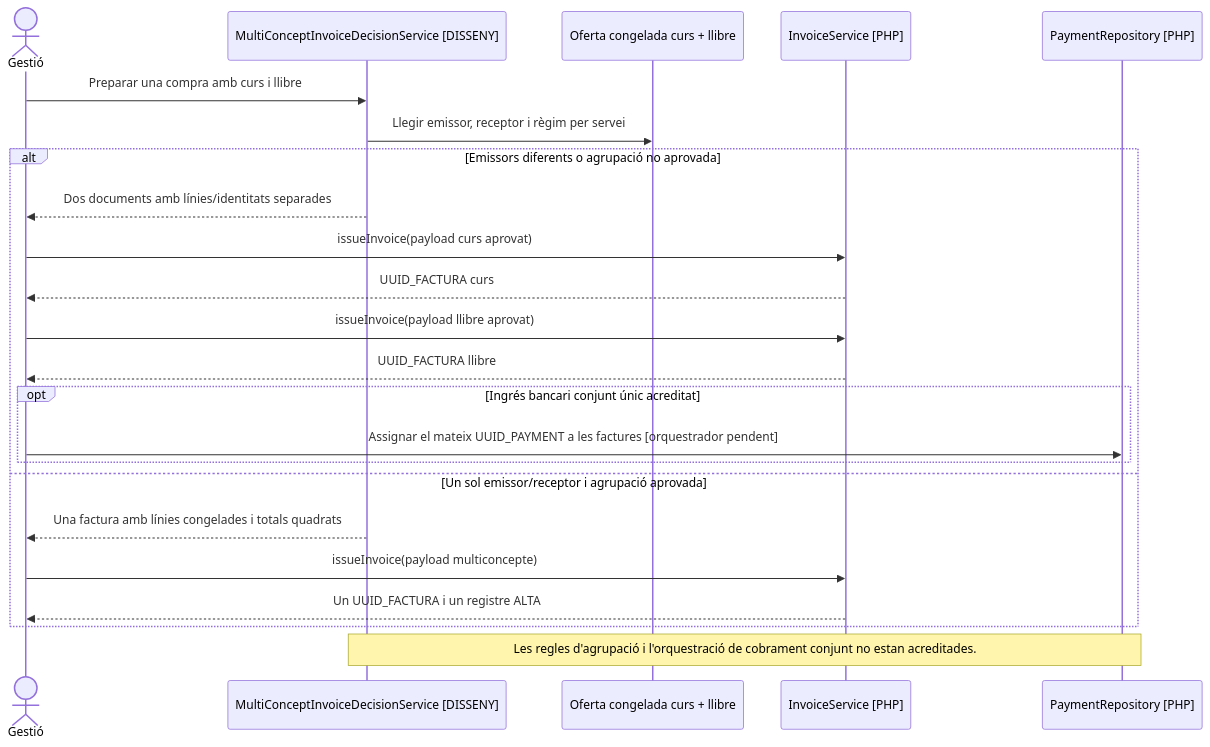
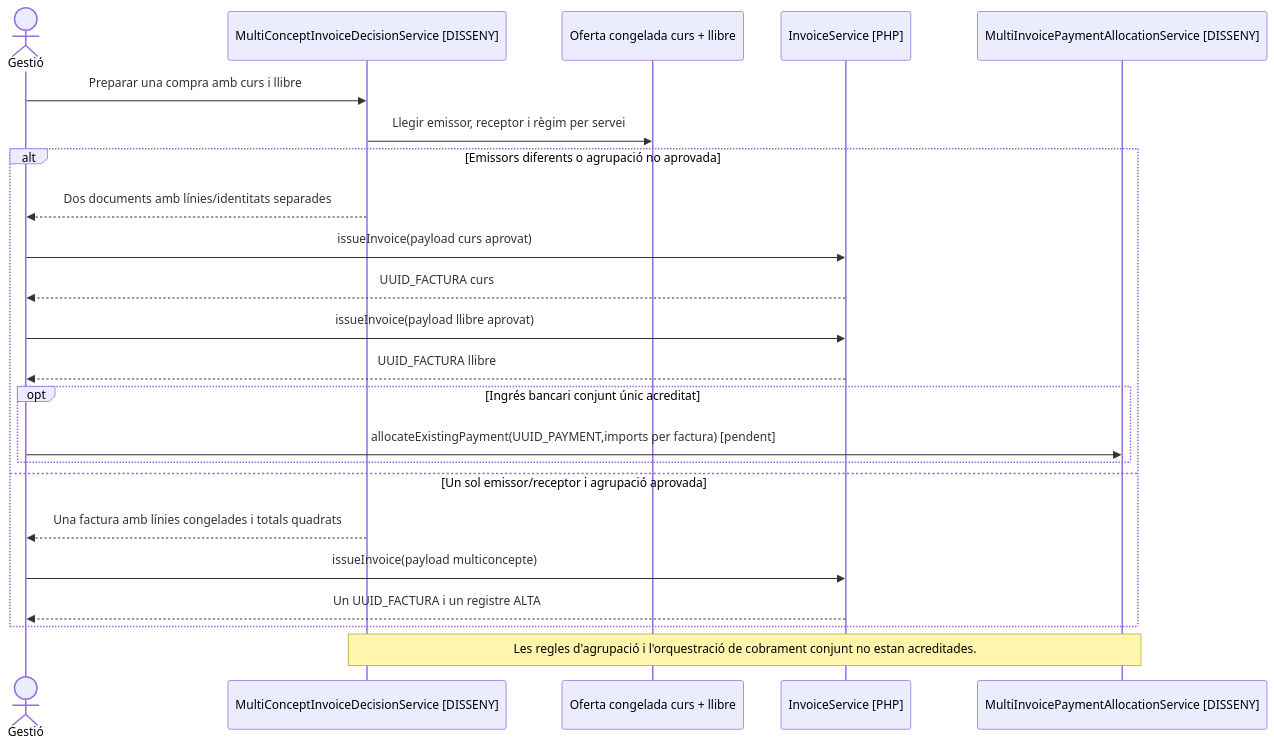
Before and after one commit to orgmeriemprismacat-del/verifactu: the third of 3 diagrams in documentacio/07-uml-integrat/uc-088-decidir-agrupacio-linies-factura-multiconcepte.md, drawn with Mermaid. The commit also changed other lines of this file, not shown here.

````diff
--- a/documentacio/07-uml-integrat/uc-088-decidir-agrupacio-linies-factura-multiconcepte.md
+++ b/documentacio/07-uml-integrat/uc-088-decidir-agrupacio-linies-factura-multiconcepte.md
@@ -85,25 +85,25 @@
 ```mermaid
 sequenceDiagram
 actor G as Gestió
 participant C as MultiConceptInvoiceDecisionService [DISSENY]
 participant O as Oferta congelada curs + llibre
 participant S as InvoiceService [PHP]
-participant P as PaymentRepository [PHP]
+participant P as MultiInvoicePaymentAllocationService [DISSENY]
 G->>C: Preparar una compra amb curs i llibre
 C->>O: Llegir emissor, receptor i règim per servei
 alt Emissors diferents o agrupació no aprovada
  C-->>G: Dos documents amb línies/identitats separades
  G->>S: issueInvoice(payload curs aprovat)
  S-->>G: UUID_FACTURA curs
  G->>S: issueInvoice(payload llibre aprovat)
  S-->>G: UUID_FACTURA llibre
  opt Ingrés bancari conjunt únic acreditat
-  G->>P: Assignar el mateix UUID_PAYMENT a les factures [orquestrador pendent]
+  G->>P: allocateExistingPayment(UUID_PAYMENT,imports per factura) [pendent]
  end
 else Un sol emissor/receptor i agrupació aprovada
  C-->>G: Una factura amb línies congelades i totals quadrats
  G->>S: issueInvoice(payload multiconcepte)
  S-->>G: Un UUID_FACTURA i un registre ALTA
 end
 Note over C,P: Les regles d'agrupació i l'orquestració de cobrament conjunt no estan acreditades.
 ```
````
